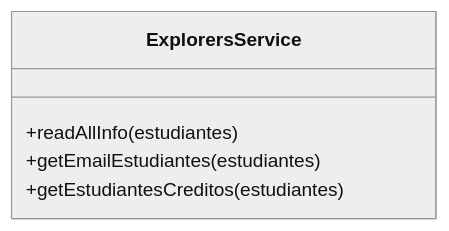
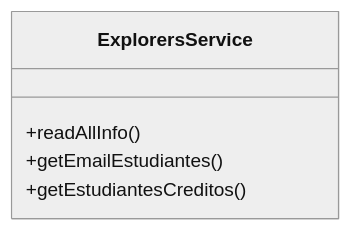
One commit to blu3ming/BackEnd-Semana-4-Code-Challenge changed the second of 4 diagrams in README.md. Above: the diagram before and after it, drawn with Mermaid (neutral theme). The commit also changed other lines of this file, not shown here.

````diff
--- a/README.md
+++ b/README.md
@@ -35,7 +35,7 @@
 ```mermaid        
 classDiagram
     class ExplorersService
-    ExplorersService : +readAllInfo(estudiantes)
-    ExplorersService : +getEmailEstudiantes(estudiantes)
-    ExplorersService : +getEstudiantesCreditos(estudiantes)
+    ExplorersService : +readAllInfo()
+    ExplorersService : +getEmailEstudiantes()
+    ExplorersService : +getEstudiantesCreditos()
 ```
````
